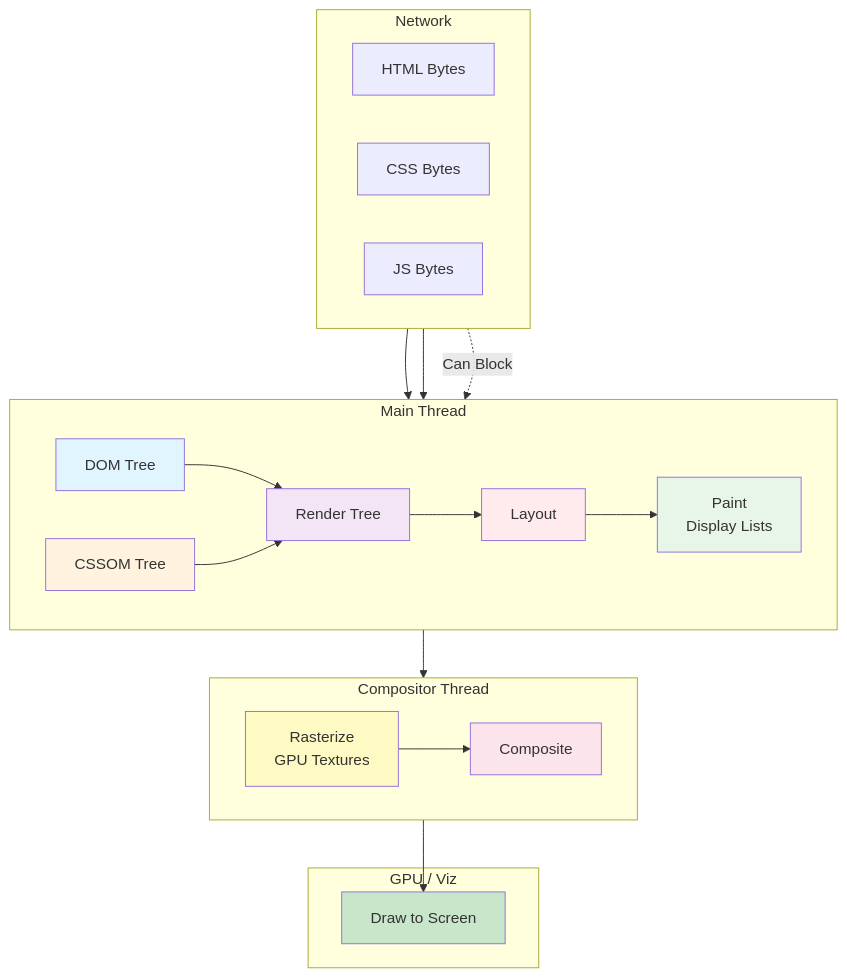
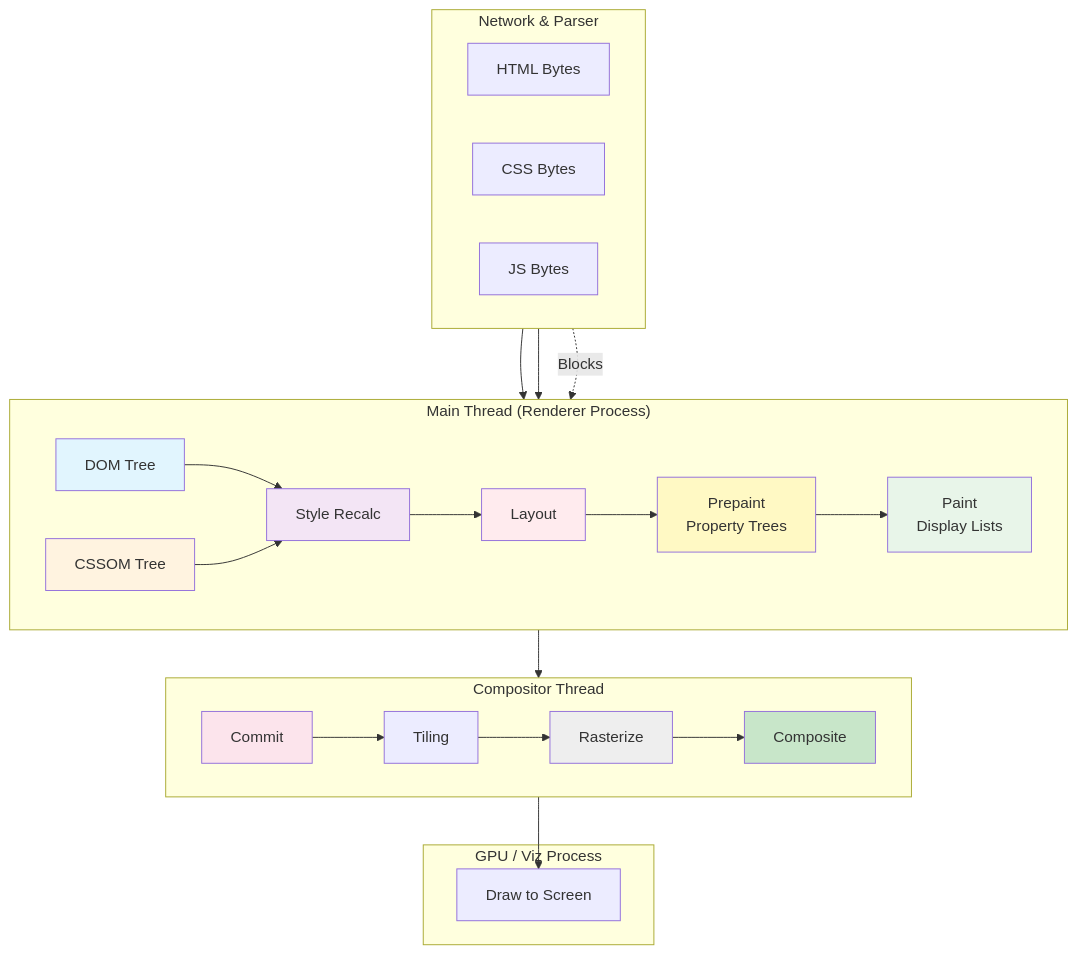
Before and after one commit to sujeet-pro/legacy-personal-site: the diagram in v4/content/articles/browser-runtime-internals/critical-rendering-path/crp-rendering-pipeline-overview/README.md, drawn with Mermaid. The commit also changed other lines of this file and 18 other files, not shown here.

````diff
--- a/v4/content/articles/browser-runtime-internals/critical-rendering-path/crp-rendering-pipeline-overview/README.md
+++ b/v4/content/articles/browser-runtime-internals/critical-rendering-path/crp-rendering-pipeline-overview/README.md
@@ -7,48 +7,55 @@
 ```mermaid
 flowchart TB
-    subgraph Network["Network"]
+    subgraph Network["Network & Parser"]
         direction LR
         HTML[HTML Bytes]
         CSS[CSS Bytes]
         JS[JS Bytes]
     end
 
-    subgraph MainThread["Main Thread"]
+    subgraph MainThread["Main Thread (Renderer Process)"]
         direction LR
         DOM[DOM Tree]
         CSSOM[CSSOM Tree]
-        RT[Render Tree]
+        Style[Style Recalc]
         Layout[Layout]
+        Prepaint[Prepaint<br/>Property Trees]
         Paint[Paint<br/>Display Lists]
     end
 
     subgraph CompositorThread["Compositor Thread"]
         direction LR
-        Raster[Rasterize<br/>GPU Textures]
+        Commit[Commit]
+        Tiling[Tiling]
+        Raster[Rasterize]
         Composite[Composite]
     end
 
-    subgraph GPU["GPU / Viz"]
+    subgraph GPU["GPU / Viz Process"]
         Draw[Draw to Screen]
     end
 
     HTML --> DOM
     CSS --> CSSOM
-    JS -.->|Can Block| DOM
-    DOM --> RT
-    CSSOM --> RT
-    RT --> Layout
-    Layout --> Paint
-    Paint --> Raster
+    JS -.->|Blocks| DOM
+    DOM --> Style
+    CSSOM --> Style
+    Style --> Layout
+    Layout --> Prepaint
+    Prepaint --> Paint
+    Paint --> Commit
+    Commit --> Tiling
+    Tiling --> Raster
     Raster --> Composite
     Composite --> Draw
 
     style DOM fill:#e1f5fe
     style CSSOM fill:#fff3e0
-    style RT fill:#f3e5f5
+    style Style fill:#f3e5f5
     style Layout fill:#ffebee
+    style Prepaint fill:#fff9c4
     style Paint fill:#e8f5e9
-    style Raster fill:#fff9c4
-    style Composite fill:#fce4ec
-    style Draw fill:#c8e6c9
+    style Commit fill:#fce4ec
+    style Raster fill:#eeeeee
+    style Composite fill:#c8e6c9
 ```
````
